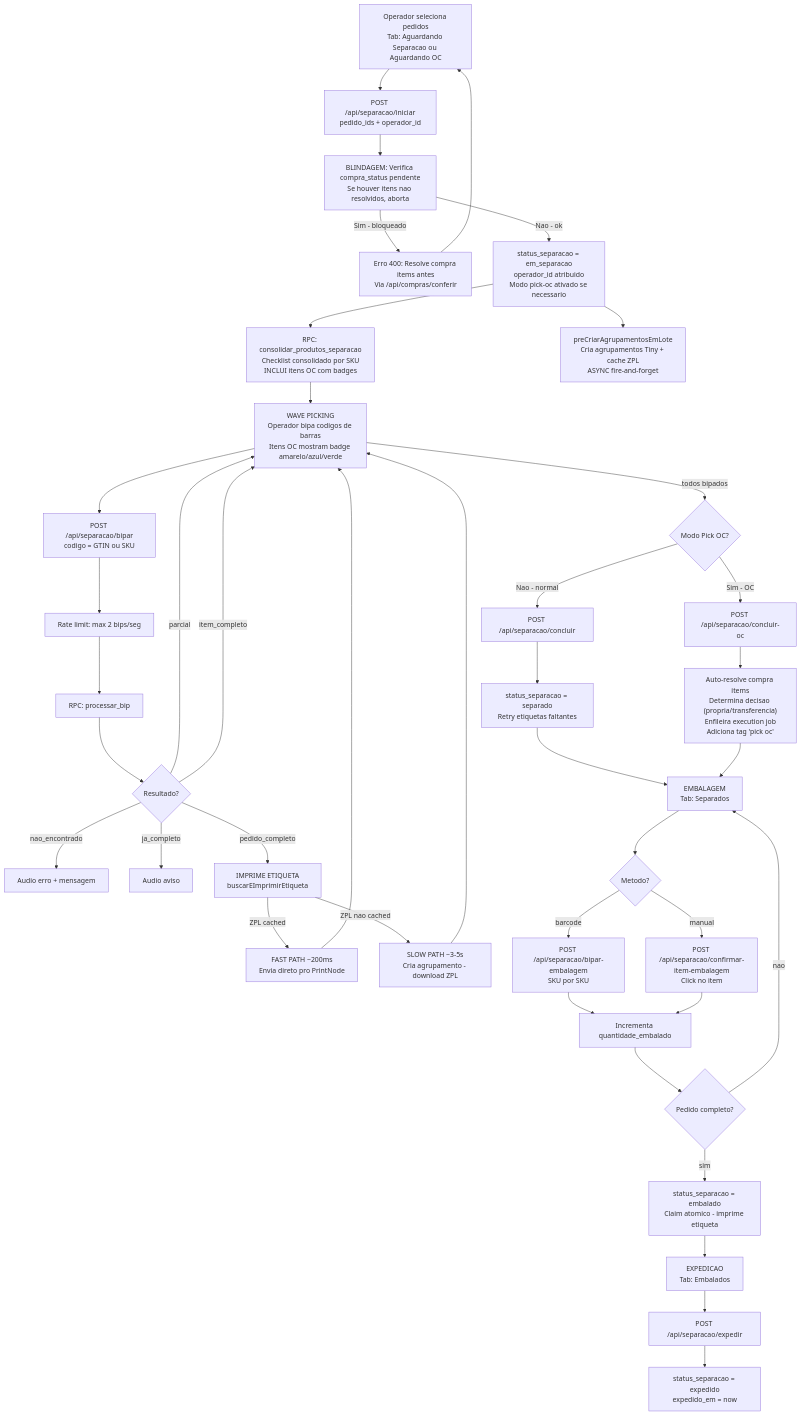
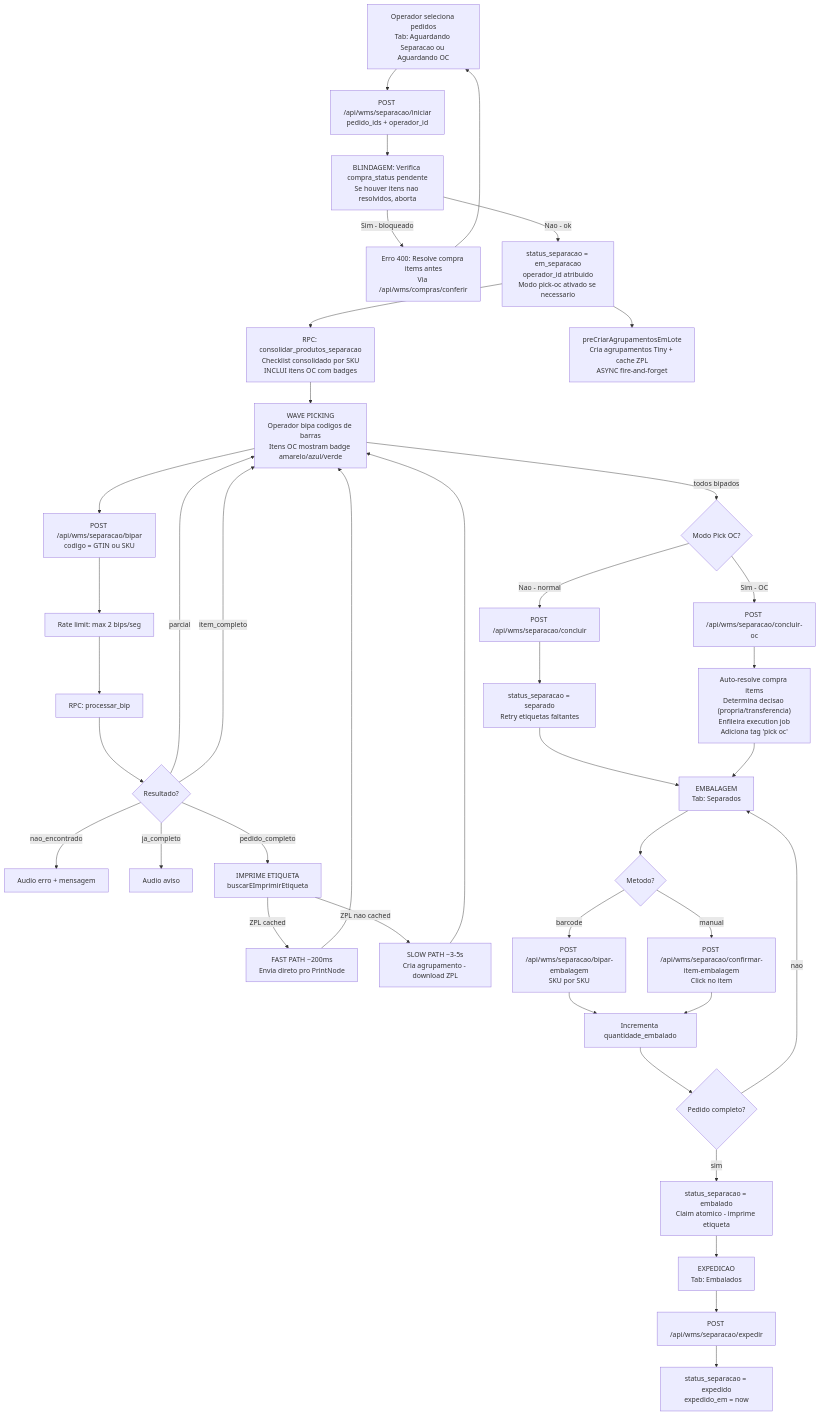
Before and after one commit to Eryk-dev/estoquelever: the fourth of 18 diagrams in docs/diagramas/fluxos-siso.md, drawn with Mermaid. The commit also changed other lines of this file and 20 other files, not shown here.

````diff
--- a/docs/diagramas/fluxos-siso.md
+++ b/docs/diagramas/fluxos-siso.md
@@ -190,56 +190,56 @@
 ```mermaid
 flowchart TD
-    A["Operador seleciona pedidos<br/>Tab: Aguardando Separacao ou Aguardando OC"] --> B["POST /api/separacao/iniciar<br/>pedido_ids + operador_id"]
+    A["Operador seleciona pedidos<br/>Tab: Aguardando Separacao ou Aguardando OC"] --> B["POST /api/wms/separacao/iniciar<br/>pedido_ids + operador_id"]
 
     B --> C["BLINDAGEM: Verifica compra_status pendente<br/>Se houver itens nao resolvidos, aborta"]
-    C -->|Sim - bloqueado| D["Erro 400: Resolve compra items antes<br/>Via /api/compras/conferir"]
+    C -->|Sim - bloqueado| D["Erro 400: Resolve compra items antes<br/>Via /api/wms/compras/conferir"]
     D --> A
     C -->|Nao - ok| E["status_separacao = em_separacao<br/>operador_id atribuido<br/>Modo pick-oc ativado se necessario"]
 
     E --> F["RPC: consolidar_produtos_separacao<br/>Checklist consolidado por SKU<br/>INCLUI itens OC com badges"]
     E --> G["preCriarAgrupamentosEmLote<br/>Cria agrupamentos Tiny + cache ZPL<br/>ASYNC fire-and-forget"]
 
     F --> H["WAVE PICKING<br/>Operador bipa codigos de barras<br/>Itens OC mostram badge amarelo/azul/verde"]
 
-    H --> I["POST /api/separacao/bipar<br/>codigo = GTIN ou SKU"]
+    H --> I["POST /api/wms/separacao/bipar<br/>codigo = GTIN ou SKU"]
     I --> J["Rate limit: max 2 bips/seg"]
     J --> K["RPC: processar_bip"]
 
     K --> L{"Resultado?"}
     L -->|parcial| H
     L -->|item_completo| H
     L -->|nao_encontrado| M["Audio erro + mensagem"]
     L -->|ja_completo| N["Audio aviso"]
 
     L -->|pedido_completo| O["IMPRIME ETIQUETA<br/>buscarEImprimirEtiqueta"]
     O -->|"ZPL cached"| P["FAST PATH ~200ms<br/>Envia direto pro PrintNode"]
     O -->|"ZPL nao cached"| Q["SLOW PATH ~3-5s<br/>Cria agrupamento - download ZPL"]
 
     P --> H
     Q --> H
 
     H -->|"todos bipados"| R{"Modo Pick OC?"}
-    R -->|Nao - normal| S["POST /api/separacao/concluir"]
-    R -->|Sim - OC| T["POST /api/separacao/concluir-oc"]
+    R -->|Nao - normal| S["POST /api/wms/separacao/concluir"]
+    R -->|Sim - OC| T["POST /api/wms/separacao/concluir-oc"]
 
     S --> U["status_separacao = separado<br/>Retry etiquetas faltantes"]
     T --> V["Auto-resolve compra items<br/>Determina decisao (propria/transferencia)<br/>Enfileira execution job<br/>Adiciona tag 'pick oc'"]
 
     U --> W["EMBALAGEM<br/>Tab: Separados"]
     V --> W
 
     W --> X{"Metodo?"}
-    X -->|barcode| Y["POST /api/separacao/bipar-embalagem<br/>SKU por SKU"]
-    X -->|manual| Z["POST /api/separacao/confirmar-item-embalagem<br/>Click no item"]
+    X -->|barcode| Y["POST /api/wms/separacao/bipar-embalagem<br/>SKU por SKU"]
+    X -->|manual| Z["POST /api/wms/separacao/confirmar-item-embalagem<br/>Click no item"]
 
     Y --> AA["Incrementa quantidade_embalado"]
     Z --> AA
 
     AA --> AB{"Pedido completo?"}
     AB -->|nao| W
     AB -->|sim| AC["status_separacao = embalado<br/>Claim atomico - imprime etiqueta"]
 
     AC --> AD["EXPEDICAO<br/>Tab: Embalados"]
-    AD --> AE["POST /api/separacao/expedir"]
+    AD --> AE["POST /api/wms/separacao/expedir"]
     AE --> AF["status_separacao = expedido<br/>expedido_em = now"]
 ```
````
